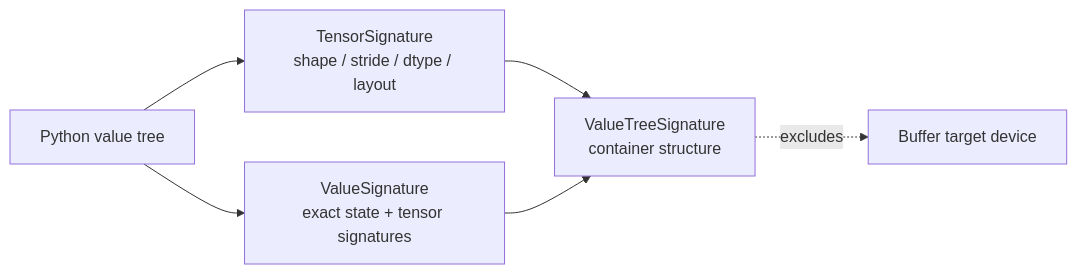
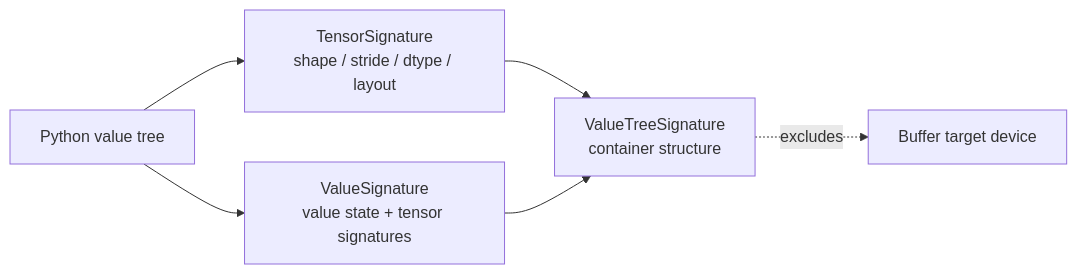
Before and after one commit to visualDust/fhelium: the second of 6 diagrams in docs/developer/execution-buffers-and-cuda-graphs.md, drawn with Mermaid. The commit also changed other lines of this file and 222 other files, not shown here.

````diff
--- a/docs/developer/execution-buffers-and-cuda-graphs.md
+++ b/docs/developer/execution-buffers-and-cuda-graphs.md
@@ -51,12 +51,12 @@
 ```mermaid
 graph LR
     TREE[Python value tree]
     TS[TensorSignature<br/>shape / stride / dtype / layout]
-    VS[ValueSignature<br/>exact state + tensor signatures]
+    VS[ValueSignature<br/>value state + tensor signatures]
     VTS[ValueTreeSignature<br/>container structure]
     TARGET[Buffer target device]
 
     TREE --> TS --> VTS
     TREE --> VS --> VTS
     VTS -. excludes .-> TARGET
 ```
````
